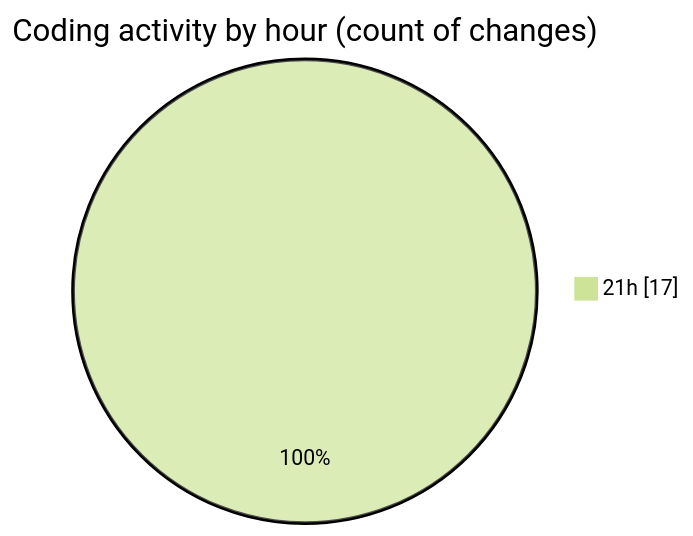
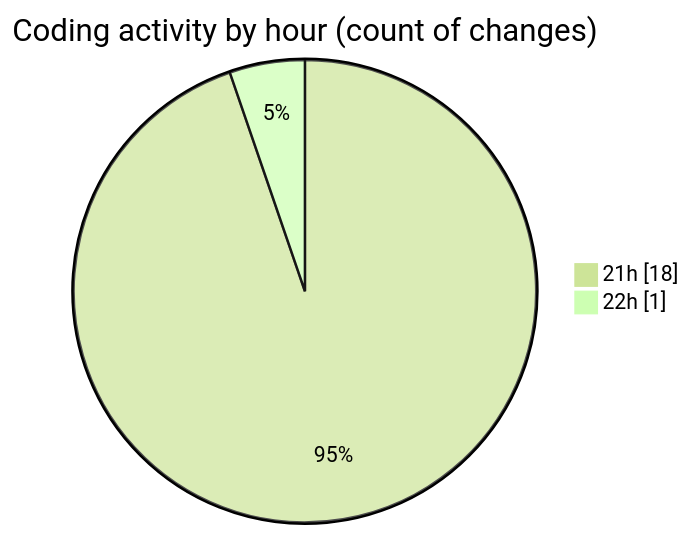
The second of 2 diagrams in 2025-12-27/rust/README.md (Ritupan-Deka/code-tracking), drawn with Mermaid (forest theme) before and after one commit. The commit also changed other lines of this file and 1 other file, not shown here.

````diff
--- a/2025-12-27/rust/README.md
+++ b/2025-12-27/rust/README.md
@@ -28,5 +28,6 @@
 ```mermaid
 pie showData
 title Coding activity by hour (count of changes)
-"21h" : 17
+"21h" : 18
+"22h" : 1
 ```
````
